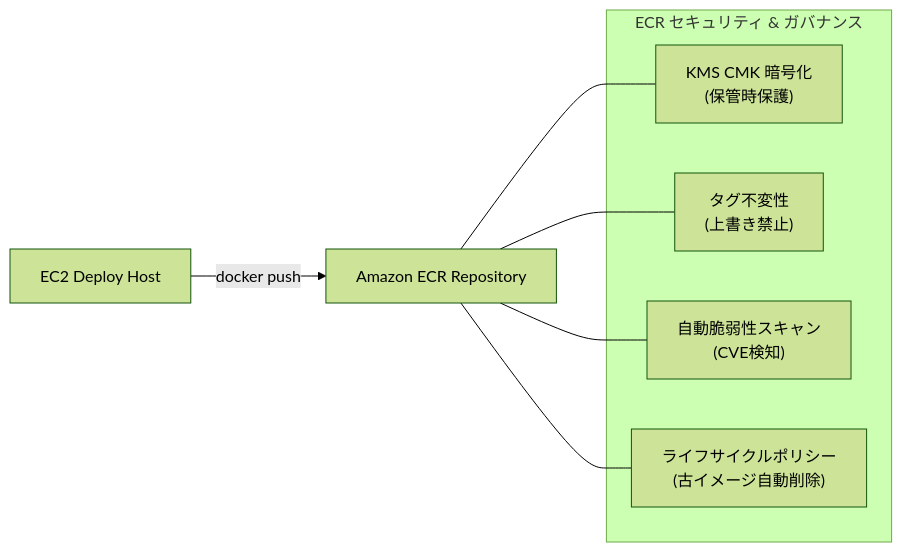
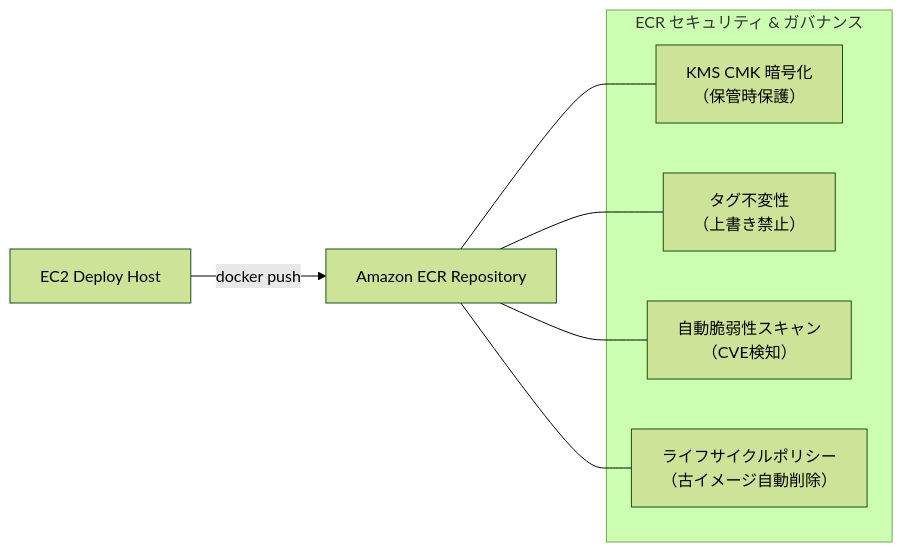
One commit to hide104y/markdown changed the fifth of 17 diagrams in AWS：ECS.md. Above: the diagram before and after it, drawn with Mermaid (forest theme). The commit also changed other lines of this file, not shown here.

Commit message:
GitHubのMermaidパーサーとの互換性考慮（その２）

````diff
--- a/AWS：ECS.md
+++ b/AWS：ECS.md
@@ -503,14 +505,14 @@
 ```mermaid
 flowchart LR
-    Dev["EC2 Deploy Host"] -->|docker push| ECR["Amazon ECR Repository"]
+    Dev["EC2 Deploy Host"] -->|"docker push"| ECR["Amazon ECR Repository"]
     subgraph ECRFeatures ["ECR セキュリティ & ガバナンス"]
-        KMS["KMS CMK 暗号化<br>(保管時保護)"]
-        TagImm["タグ不変性<br>(上書き禁止)"]
-        Scan["自動脆弱性スキャン<br>(CVE検知)"]
-        Lifecycle["ライフサイクルポリシー<br>(古イメージ自動削除)"]
+        KMS["KMS CMK 暗号化<br>（保管時保護）"]
+        TagImm["タグ不変性<br>（上書き禁止）"]
+        Scan["自動脆弱性スキャン<br>（CVE検知）"]
+        Lifecycle["ライフサイクルポリシー<br>（古イメージ自動削除）"]
     end
     ECR --- KMS
     ECR --- TagImm
     ECR --- Scan
     ECR --- Lifecycle
 ```
````
